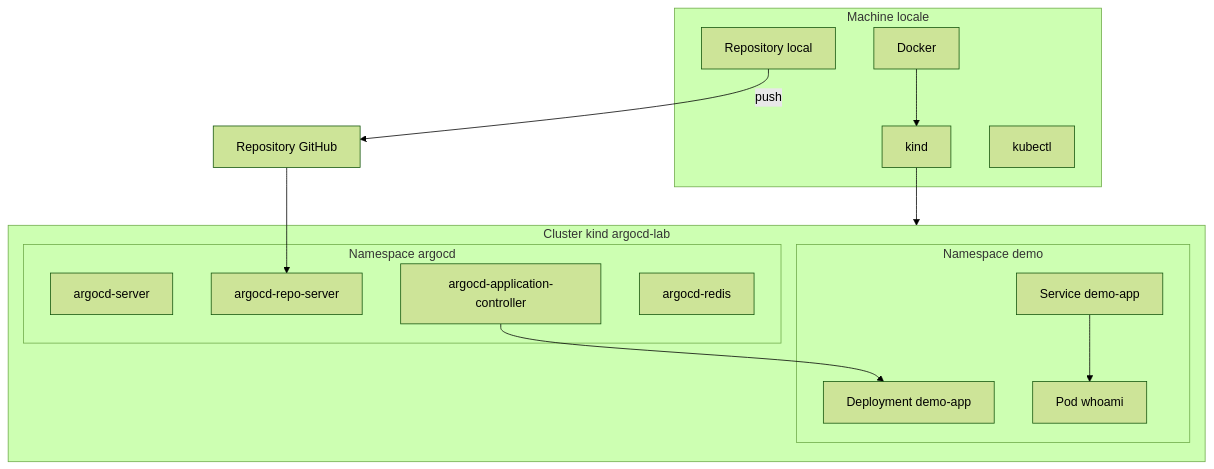
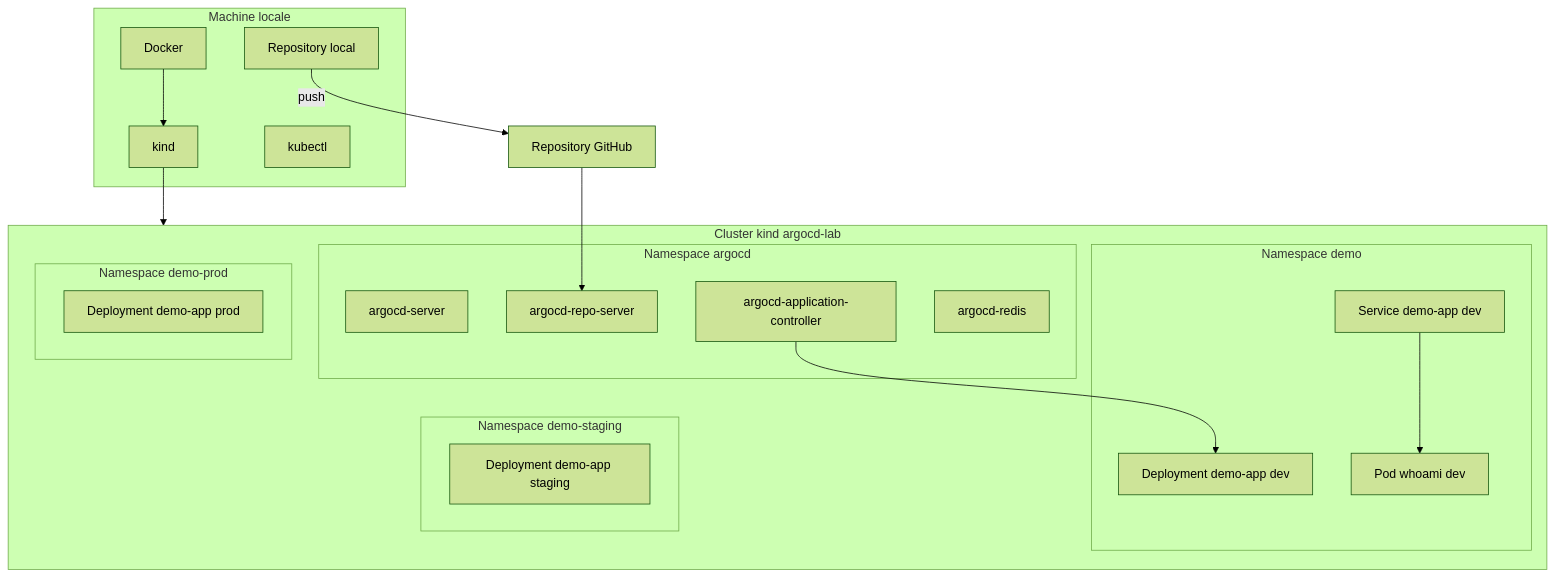
The second of 2 diagrams in docs/architecture.md (RobinThiriet/ArgoCD), drawn with Mermaid (forest theme) before and after one commit. The commit also changed other lines of this file and 25 other files, not shown here.

Commit message:
feat: introduce dev staging prod gitops structure

````diff
--- a/docs/architecture.md
+++ b/docs/architecture.md
@@ -24,31 +24,39 @@
 ```mermaid
 flowchart TB
     subgraph Local["Machine locale"]
         Docker[Docker]
         Kind[kind]
         Kubectl[kubectl]
         Repo[Repository local]
     end
 
     subgraph Kubernetes["Cluster kind argocd-lab"]
         subgraph NS1["Namespace argocd"]
             Server[argocd-server]
             RepoServer[argocd-repo-server]
             Controller[argocd-application-controller]
             Redis[argocd-redis]
         end
 
         subgraph NS2["Namespace demo"]
-            Deployment[Deployment demo-app]
-            Service[Service demo-app]
-            Pod[Pod whoami]
+            Deployment[Deployment demo-app dev]
+            Service[Service demo-app dev]
+            Pod[Pod whoami dev]
+        end
+
+        subgraph NS3["Namespace demo-staging"]
+            DeploymentStaging[Deployment demo-app staging]
+        end
+
+        subgraph NS4["Namespace demo-prod"]
+            DeploymentProd[Deployment demo-app prod]
         end
     end
 
     Repo -->|push| GitHub[Repository GitHub]
     Docker --> Kind
     Kind --> Kubernetes
     GitHub --> RepoServer
     Controller --> Deployment
     Service --> Pod
 ```
````
